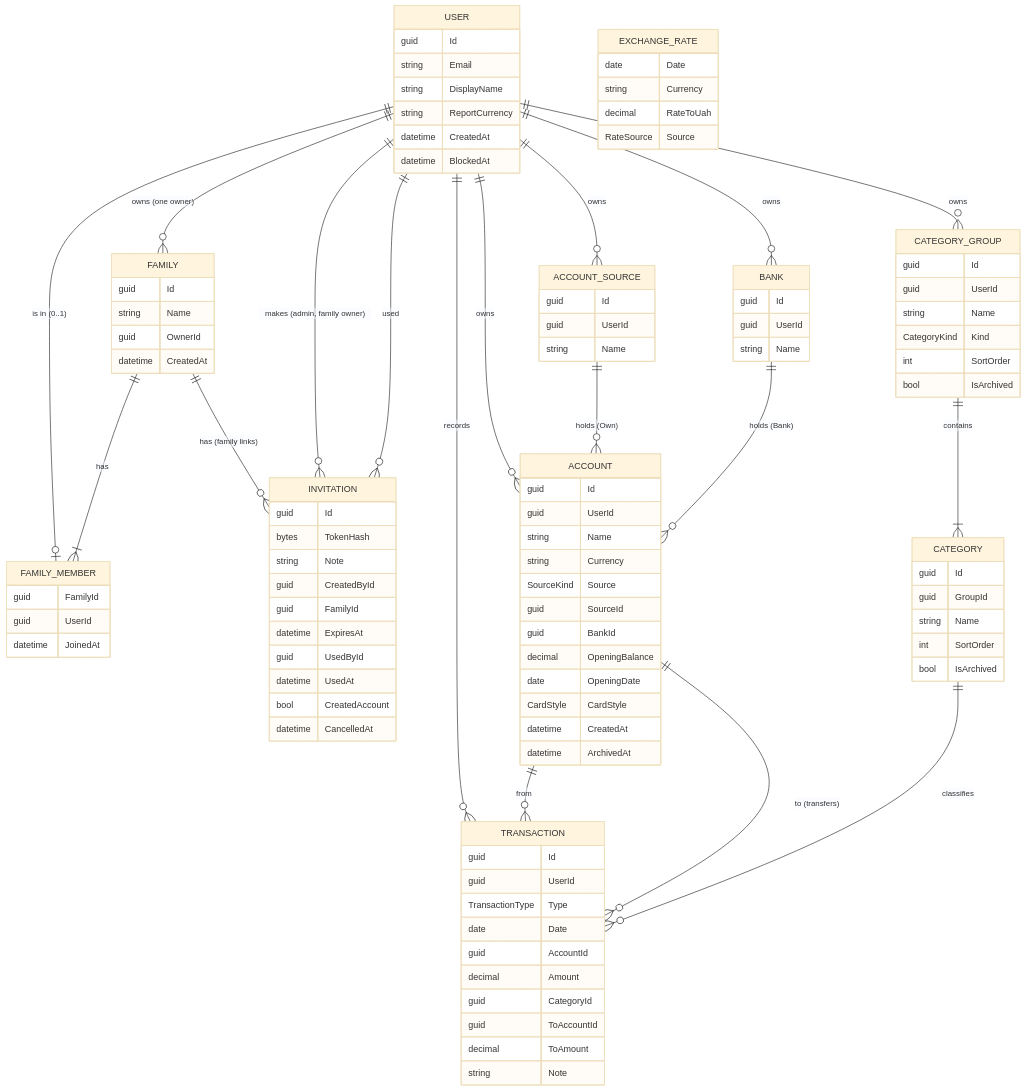
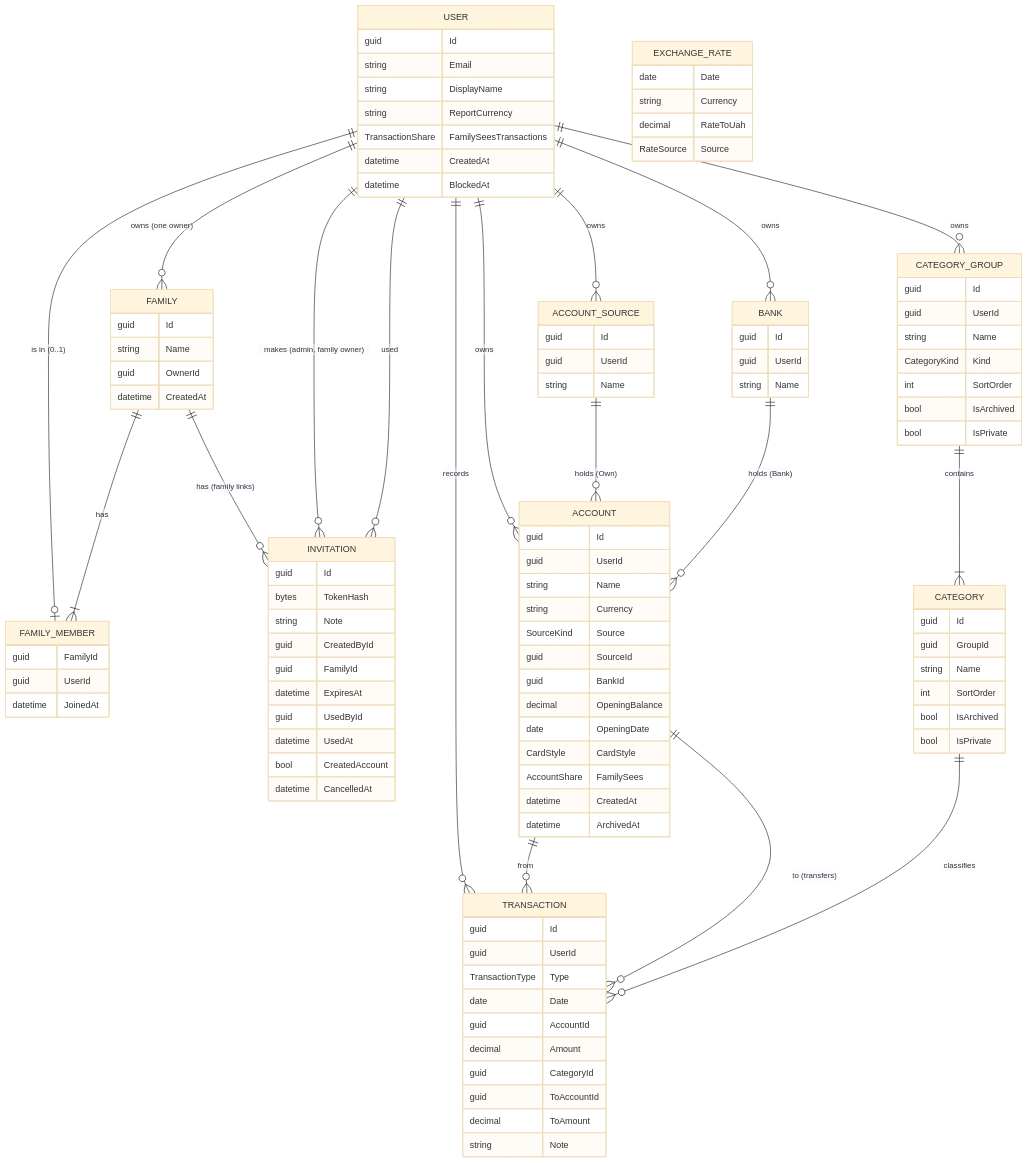
The second of 3 diagrams in docs/ARCHITECTURE.md (yuliaBiriukova/PupBudgetPlanner), drawn with Mermaid (base theme) before and after one commit. The commit also changed other lines of this file and 88 other files, not shown here.

First line of the commit message:
F-030: Each person decides what the family sees of their money (#93)

````diff
--- a/docs/ARCHITECTURE.md
+++ b/docs/ARCHITECTURE.md
@@ -88,33 +88,33 @@
 ```mermaid
 erDiagram
     USER ||--o| FAMILY_MEMBER : "is in (0..1)"
     FAMILY ||--|{ FAMILY_MEMBER : has
     USER ||--o{ FAMILY : "owns (one owner)"
     FAMILY ||--o{ INVITATION : "has (family links)"
     USER ||--o{ INVITATION : "makes (admin, family owner)"
     USER ||--o{ INVITATION : "used"
     USER ||--o{ ACCOUNT : owns
     USER ||--o{ ACCOUNT_SOURCE : owns
     USER ||--o{ BANK : owns
     ACCOUNT_SOURCE ||--o{ ACCOUNT : "holds (Own)"
     BANK ||--o{ ACCOUNT : "holds (Bank)"
     USER ||--o{ CATEGORY_GROUP : owns
     CATEGORY_GROUP ||--|{ CATEGORY : contains
     USER ||--o{ TRANSACTION : records
     ACCOUNT ||--o{ TRANSACTION : "from"
     ACCOUNT ||--o{ TRANSACTION : "to (transfers)"
     CATEGORY ||--o{ TRANSACTION : "classifies"
     EXCHANGE_RATE
 
-    USER { guid Id string Email string DisplayName string ReportCurrency datetime CreatedAt datetime BlockedAt }
+    USER { guid Id string Email string DisplayName string ReportCurrency TransactionShare FamilySeesTransactions datetime CreatedAt datetime BlockedAt }
     INVITATION { guid Id bytes TokenHash string Note guid CreatedById guid FamilyId datetime ExpiresAt guid UsedById datetime UsedAt bool CreatedAccount datetime CancelledAt }
     FAMILY { guid Id string Name guid OwnerId datetime CreatedAt }
     FAMILY_MEMBER { guid FamilyId guid UserId datetime JoinedAt }
-    ACCOUNT { guid Id guid UserId string Name string Currency SourceKind Source guid SourceId guid BankId decimal OpeningBalance date OpeningDate CardStyle CardStyle datetime CreatedAt datetime ArchivedAt }
+    ACCOUNT { guid Id guid UserId string Name string Currency SourceKind Source guid SourceId guid BankId decimal OpeningBalance date OpeningDate CardStyle CardStyle AccountShare FamilySees datetime CreatedAt datetime ArchivedAt }
     ACCOUNT_SOURCE { guid Id guid UserId string Name }
     BANK { guid Id guid UserId string Name }
-    CATEGORY_GROUP { guid Id guid UserId string Name CategoryKind Kind int SortOrder bool IsArchived }
-    CATEGORY { guid Id guid GroupId string Name int SortOrder bool IsArchived }
+    CATEGORY_GROUP { guid Id guid UserId string Name CategoryKind Kind int SortOrder bool IsArchived bool IsPrivate }
+    CATEGORY { guid Id guid GroupId string Name int SortOrder bool IsArchived bool IsPrivate }
     TRANSACTION { guid Id guid UserId TransactionType Type date Date guid AccountId decimal Amount guid CategoryId guid ToAccountId decimal ToAmount string Note }
     EXCHANGE_RATE { date Date string Currency decimal RateToUah RateSource Source }
 ```
````
